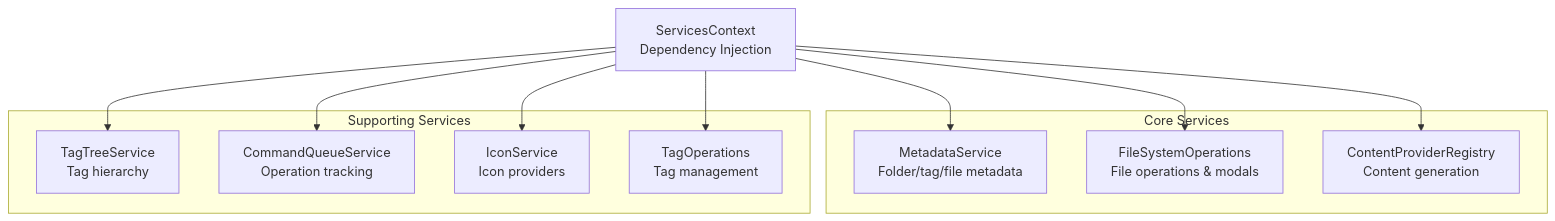
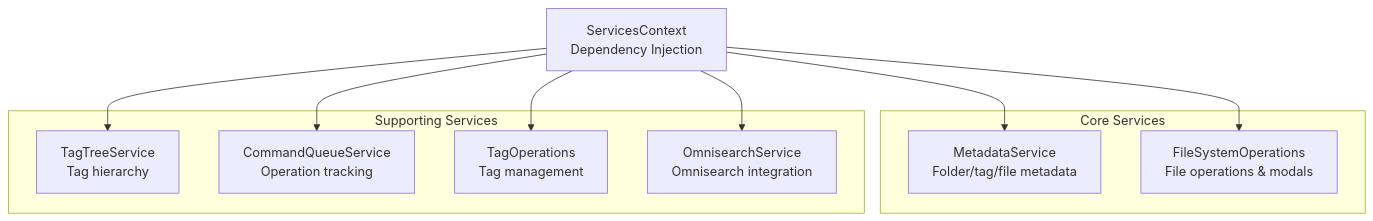
Before and after one commit to psxvoid/notebook-navigator: the first of 3 diagrams in docs/service-architecture.md, drawn with Mermaid. The commit also changed other lines of this file and 2 other files, not shown here.

````diff
--- a/docs/service-architecture.md
+++ b/docs/service-architecture.md
@@ -24,25 +37,23 @@
 ```mermaid
 graph TB
     ServicesContext["ServicesContext<br/>Dependency Injection"]
 
     subgraph "Core Services"
         MetadataService["MetadataService<br/>Folder/tag/file metadata"]
         FileSystemOperations["FileSystemOperations<br/>File operations & modals"]
-        ContentRegistry["ContentProviderRegistry<br/>Content generation"]
     end
 
     subgraph "Supporting Services"
         TagTreeService["TagTreeService<br/>Tag hierarchy"]
         CommandQueue["CommandQueueService<br/>Operation tracking"]
-        IconService["IconService<br/>Icon providers"]
         TagOperations["TagOperations<br/>Tag management"]
+        OmnisearchService["OmnisearchService<br/>Omnisearch integration"]
     end
 
     ServicesContext --> MetadataService
     ServicesContext --> FileSystemOperations
-    ServicesContext --> ContentRegistry
     ServicesContext --> TagTreeService
     ServicesContext --> CommandQueue
-    ServicesContext --> IconService
     ServicesContext --> TagOperations
+    ServicesContext --> OmnisearchService
 ```
````
